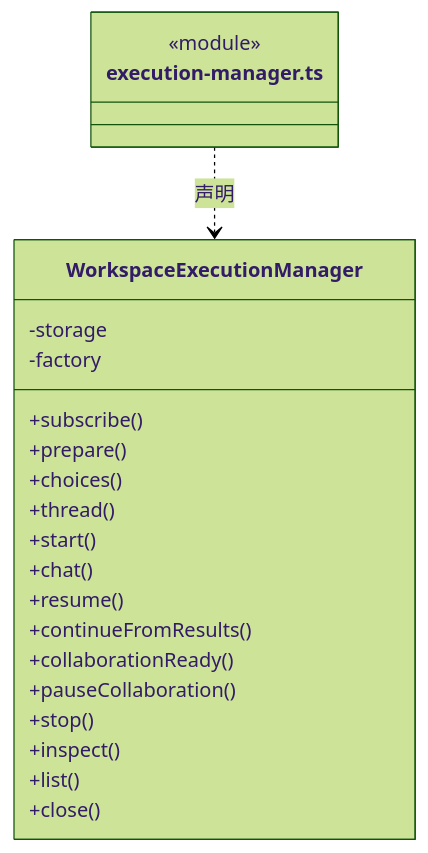
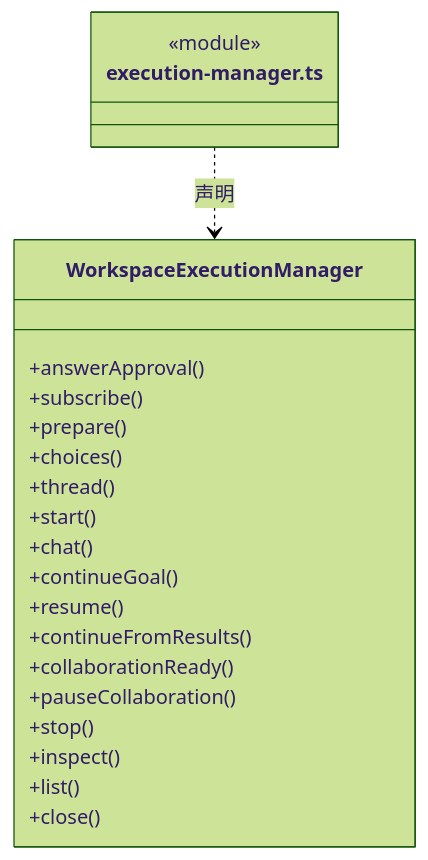
The seventh of 29 diagrams in src/backend/scheduler-engine/execution/ARCHITECTURE.md (nan023062/cbim), drawn with Mermaid (forest theme) before and after one commit. The commit also changed other lines of this file and 60 other files, not shown here.

````diff
--- a/src/backend/scheduler-engine/execution/ARCHITECTURE.md
+++ b/src/backend/scheduler-engine/execution/ARCHITECTURE.md
@@ -239,25 +247,25 @@
 ```mermaid
 classDiagram
 class N_src_backend_scheduler_engine_execution_execution_manager_ts["execution-manager.ts"] {
   <<module>>
 }
 class N_src_backend_scheduler_engine_execution_execution_manager_ts_WorkspaceExecutionManager["WorkspaceExecutionManager"] {
+  +answerApproval()
   +subscribe()
   +prepare()
   +choices()
   +thread()
   +start()
   +chat()
+  +continueGoal()
   +resume()
   +continueFromResults()
   +collaborationReady()
   +pauseCollaboration()
   +stop()
   +inspect()
   +list()
   +close()
-  -storage
-  -factory
 }
 N_src_backend_scheduler_engine_execution_execution_manager_ts ..> N_src_backend_scheduler_engine_execution_execution_manager_ts_WorkspaceExecutionManager : 声明
 ```
````
